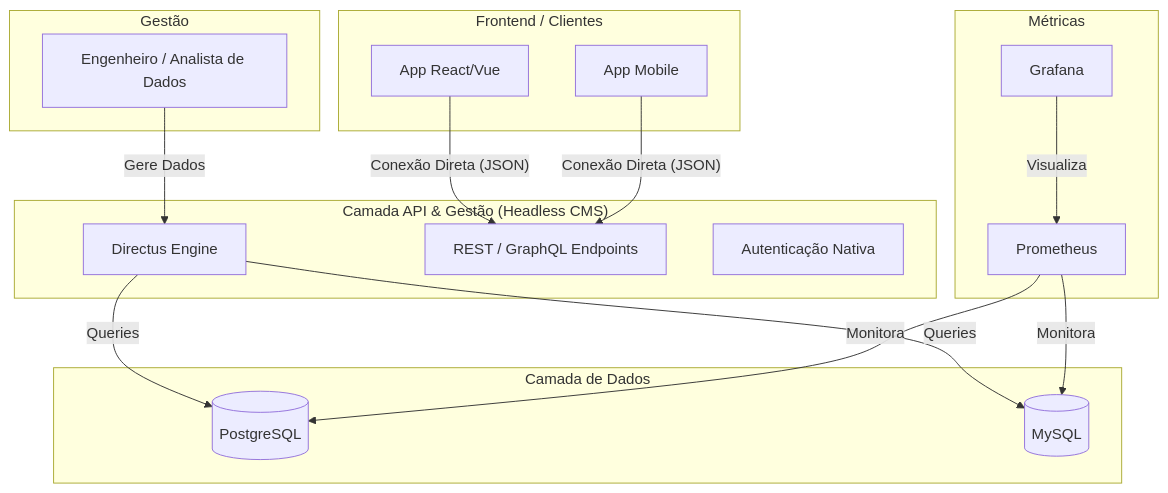
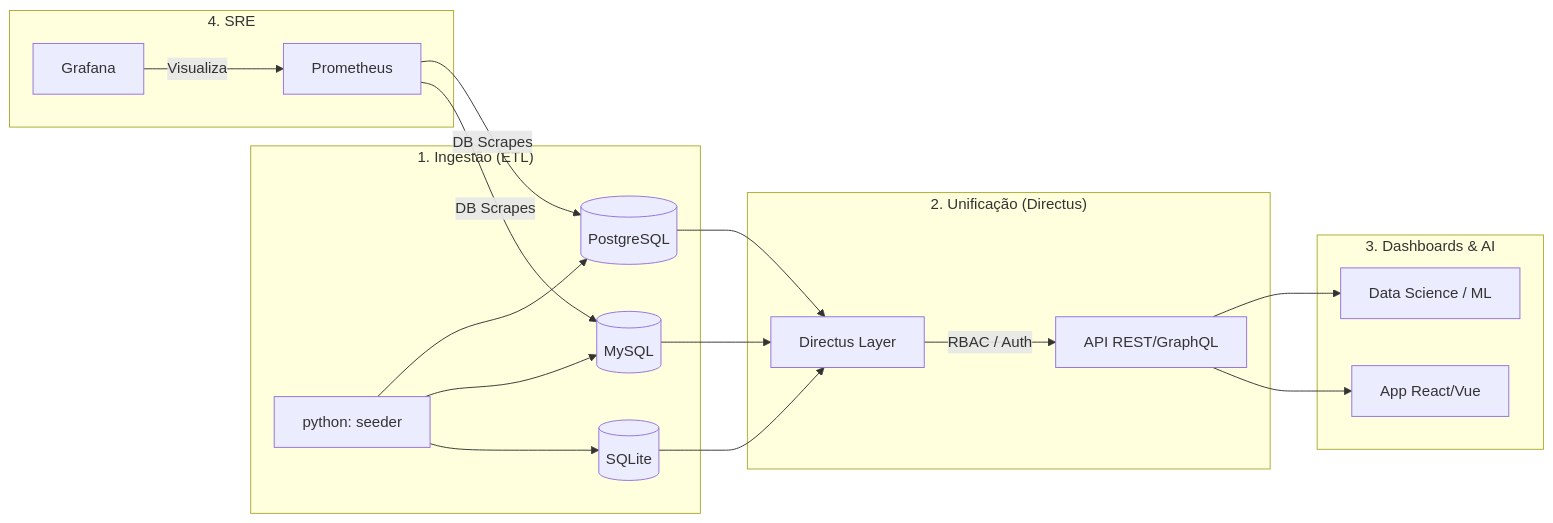
One commit to Rilen/PolyDB-Gateway changed the diagram in README.md. Above: the diagram before and after it, drawn with Mermaid. The commit also changed other lines of this file and 11 other files, not shown here.

````diff
--- a/README.md
+++ b/README.md
@@ -29,39 +54,26 @@
 ```mermaid
-flowchart TD
-    subgraph Admins ["Gestão"]
-        DataRole[Engenheiro / Analista de Dados]
+flowchart LR
+    subgraph Ingestao ["1. Ingestão (ETL)"]
+        S[python: seeder] --> PG[(PostgreSQL)]
+        S --> MY[(MySQL)]
+        S --> SL[(SQLite)]
     end
 
-    subgraph Consumers ["Frontend / Clientes"]
-        Web[App React/Vue]
-        Mobile[App Mobile]
+    subgraph Governança ["2. Unificação (Directus)"]
+        PG --> D[Directus Layer]
+        MY --> D
+        SL --> D
+        D -- "RBAC / Auth" --> API[API REST/GraphQL]
     end
 
-    subgraph Backend ["Camada API & Gestão (Headless CMS)"]
-        CMS[Directus Engine]
-        API[REST / GraphQL Endpoints]
-        Auth[Autenticação Nativa]
+    subgraph Output ["3. Dashboards & AI"]
+        API --> DS[Data Science / ML]
+        API --> Web[App React/Vue]
     end
 
-    subgraph Data ["Camada de Dados"]
-        PG[(PostgreSQL)]
-        MY[(MySQL)]
+    subgraph Monitoramento ["4. SRE"]
+        PR[Prometheus] -- "DB Scrapes" --> PG
+        PR -- "DB Scrapes" --> MY
+        GR[Grafana] -- "Visualiza" --> PR
     end
-
-    subgraph Observability ["Métricas"]
-        PR[Prometheus]
-        GR[Grafana]
-    end
-
-    %% Fluxos
-    DataRole -- "Gere Dados" --> CMS
-    Web -- "Conexão Direta (JSON)" --> API
-    Mobile -- "Conexão Direta (JSON)" --> API
-    
-    CMS -- "Queries" --> PG
-    CMS -- "Queries" --> MY
-    
-    PR -- "Monitora" --> PG
-    PR -- "Monitora" --> MY
-    GR -- "Visualiza" --> PR
 ```
````
